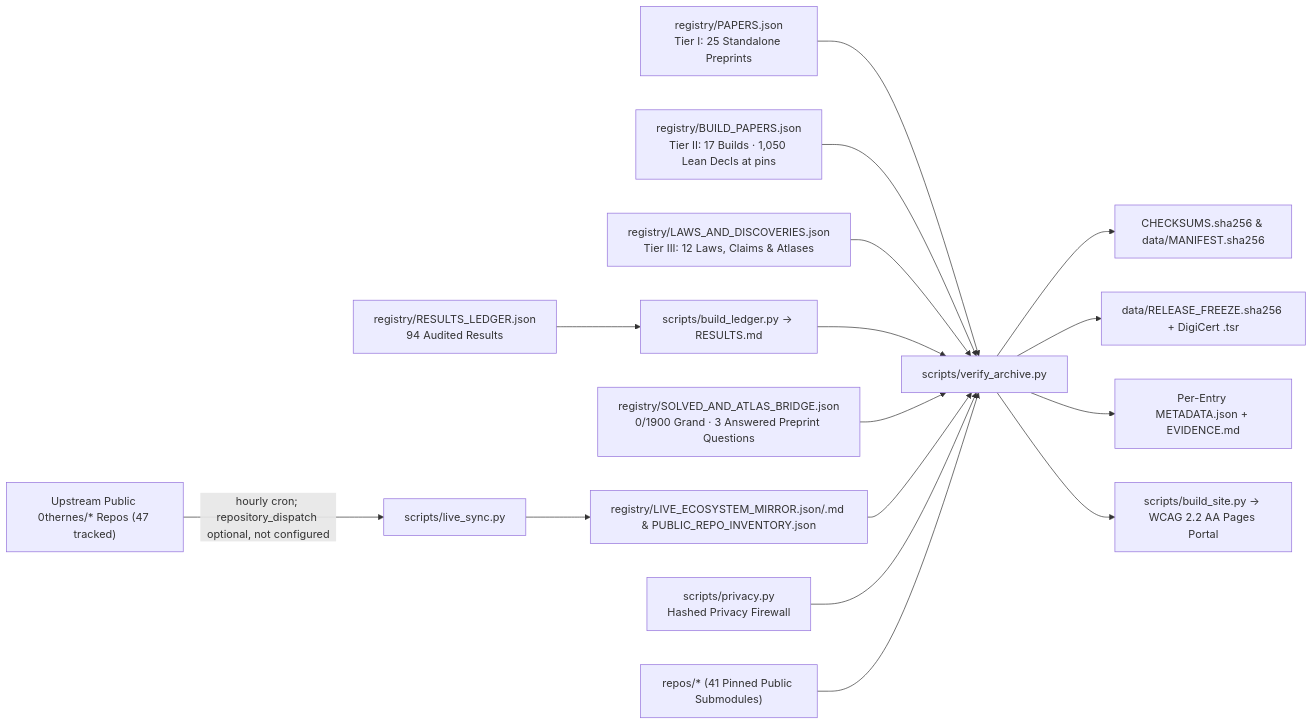
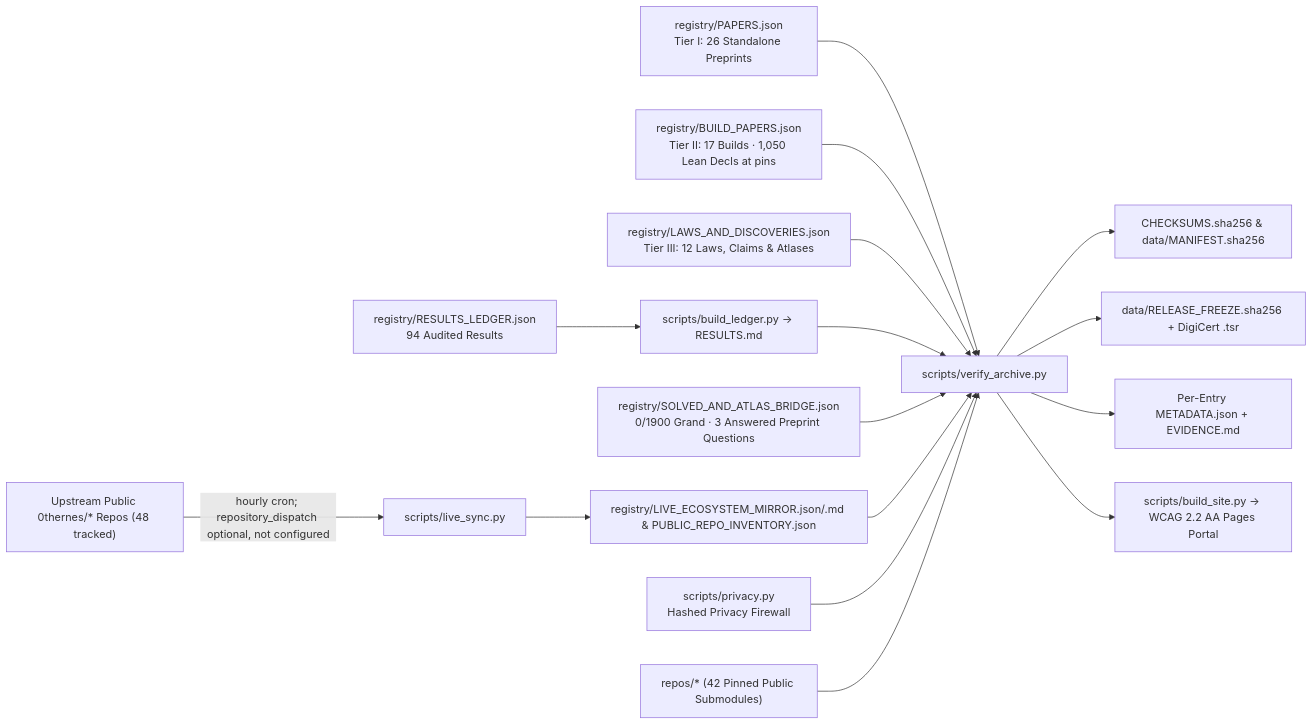
The diagram in docs/architecture.md (0thernes/0thernes-research-archive), drawn with Mermaid before and after one commit. The commit also changed other lines of this file and 18 other files, not shown here.

````diff
--- a/docs/architecture.md
+++ b/docs/architecture.md
@@ -5,18 +5,18 @@
 ```mermaid
 flowchart LR
-    UP["Upstream Public 0thernes/* Repos (47 tracked)"] -->|hourly cron; repository_dispatch optional, not configured| LS["scripts/live_sync.py"]
-    R1["registry/PAPERS.json<br/>Tier I: 25 Standalone Preprints"] --> V["scripts/verify_archive.py"]
+    UP["Upstream Public 0thernes/* Repos (48 tracked)"] -->|hourly cron; repository_dispatch optional, not configured| LS["scripts/live_sync.py"]
+    R1["registry/PAPERS.json<br/>Tier I: 26 Standalone Preprints"] --> V["scripts/verify_archive.py"]
     R2["registry/BUILD_PAPERS.json<br/>Tier II: 17 Builds · 1,050 Lean Decls at pins"] --> V
     R3["registry/LAWS_AND_DISCOVERIES.json<br/>Tier III: 12 Laws, Claims & Atlases"] --> V
     RL["registry/RESULTS_LEDGER.json<br/>94 Audited Results"] --> BL["scripts/build_ledger.py -> RESULTS.md"]
     BL --> V
     BR["registry/SOLVED_AND_ATLAS_BRIDGE.json<br/>0/1900 Grand · 3 Answered Preprint Questions"] --> V
     LS --> LM["registry/LIVE_ECOSYSTEM_MIRROR.json/.md & PUBLIC_REPO_INVENTORY.json"]
     LM --> V
     PR["scripts/privacy.py<br/>Hashed Privacy Firewall"] --> V
-    S["repos/* (41 Pinned Public Submodules)"] --> V
+    S["repos/* (42 Pinned Public Submodules)"] --> V
     V --> C["CHECKSUMS.sha256 & data/MANIFEST.sha256"]
     V --> FZ["data/RELEASE_FREEZE.sha256 + DigiCert .tsr"]
     V --> D["Per-Entry METADATA.json + EVIDENCE.md"]
     V --> P["scripts/build_site.py -> WCAG 2.2 AA Pages Portal"]
 ```
````
